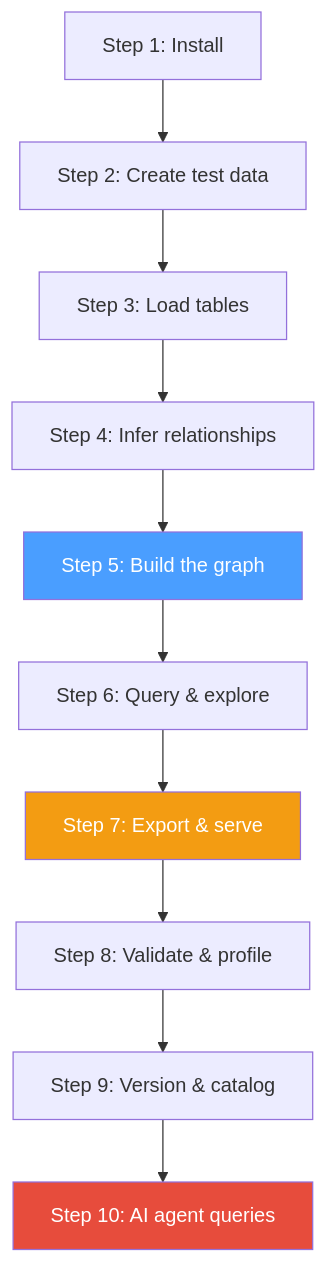
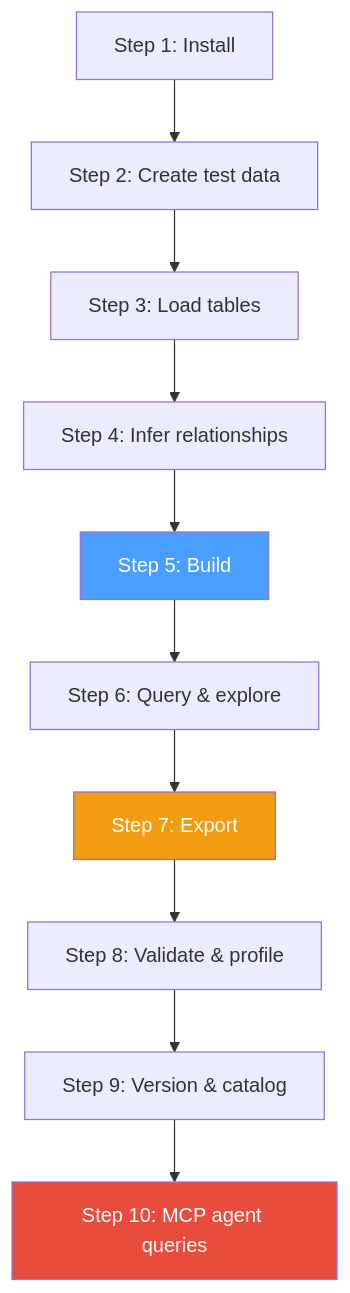
One commit to kaushikthakur97/autokg changed the fourth of 5 diagrams in README.md. Above: the diagram before and after it, drawn with Mermaid. The commit also changed other lines of this file, not shown here.

First line of the commit message:
docs: v0.2.0 README — narrative rewrite with MCP, competitive comparison, 148/148 results

````diff
--- a/README.md
+++ b/README.md
@@ -462,11 +334,11 @@
 ```mermaid
 flowchart TD
     A["Step 1: Install"] --> B["Step 2: Create test data"]
     B --> C["Step 3: Load tables"] --> D["Step 4: Infer relationships"]
-    D --> E["Step 5: Build the graph"] --> F["Step 6: Query & explore"]
-    F --> G["Step 7: Export & serve"] --> H["Step 8: Validate & profile"]
-    H --> I["Step 9: Version & catalog"] --> J["Step 10: AI agent queries"]
+    D --> E["Step 5: Build"] --> F["Step 6: Query & explore"]
+    F --> G["Step 7: Export"] --> H["Step 8: Validate & profile"]
+    H --> I["Step 9: Version & catalog"] --> J["Step 10: MCP agent queries"]
     style E fill:#4a9eff,color:#fff
     style G fill:#f39c12,color:#fff
     style J fill:#e74c3c,color:#fff
 ```
````
